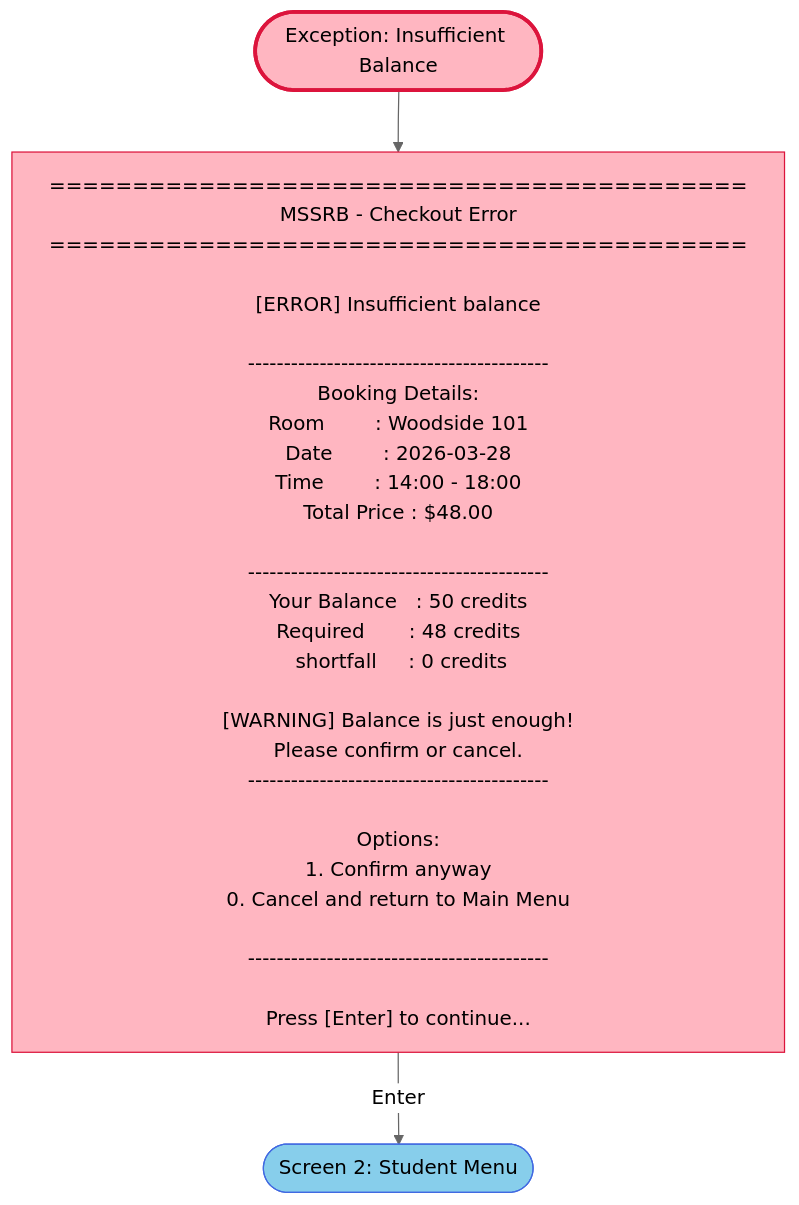
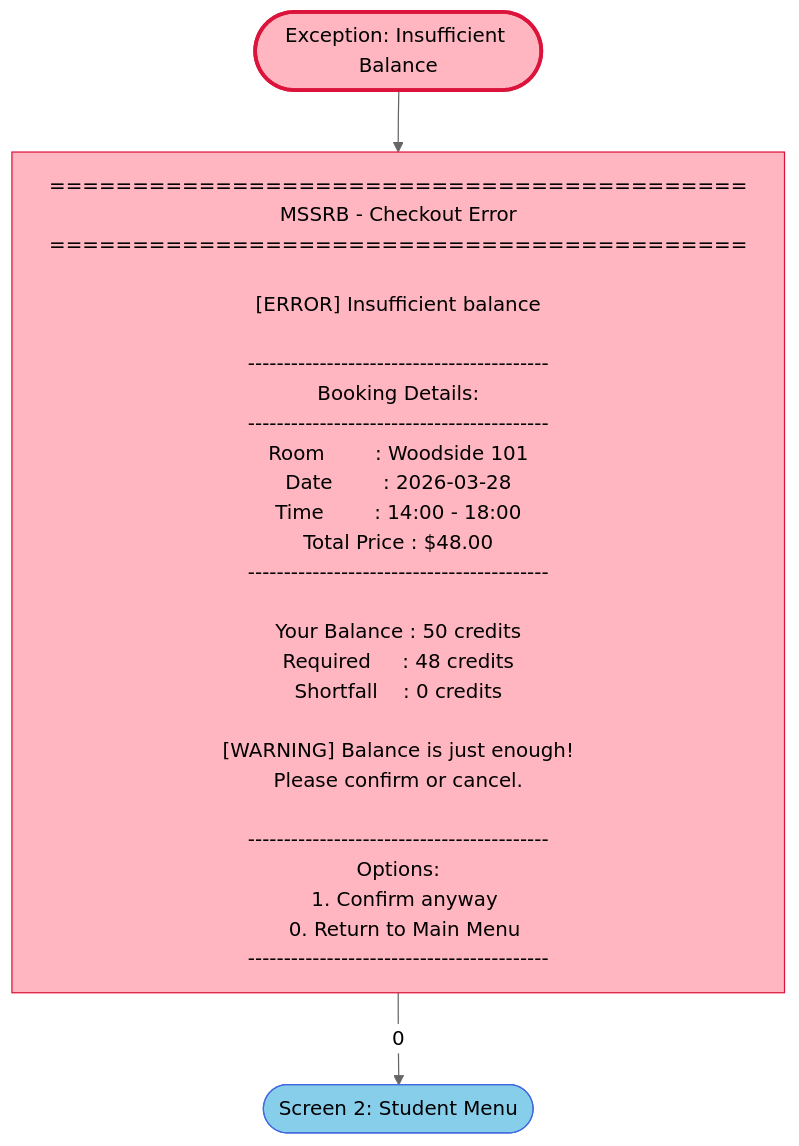
Before and after one commit to alii0110-monash/fit5136-study-room-booking: the diagram in mermaid/member_a/exception_insufficient_balance.mmd, drawn with Mermaid (neutral theme). The commit also changed 9 other files, not shown here.

First line of the commit message:
Standardize Mermaid flowchart format and navigation

```diff
--- a/mermaid/member_a/exception_insufficient_balance.mmd
+++ b/mermaid/member_a/exception_insufficient_balance.mmd
@@ -1,43 +1,43 @@
 flowchart TB
     ERROR_BALANCE(["Exception: Insufficient Balance"])
 
     B1["
 ==========================================
 MSSRB - Checkout Error
 ==========================================
 
 [ERROR] Insufficient balance
 
 ------------------------------------------
 Booking Details:
+------------------------------------------
 Room        : Woodside 101
 Date        : 2026-03-28
 Time        : 14:00 - 18:00
 Total Price : $48.00
+------------------------------------------
 
-------------------------------------------
-Your Balance   : 50 credits
-Required       : 48 credits
- shortfall     : 0 credits
+Your Balance : 50 credits
+Required     : 48 credits
+Shortfall    : 0 credits
 
 [WARNING] Balance is just enough!
 Please confirm or cancel.
+
+------------------------------------------
+Options:
+  1. Confirm anyway
+  0. Return to Main Menu
 ------------------------------------------
 
-Options:
-1. Confirm anyway
-0. Cancel and return to Main Menu
 
-------------------------------------------
-
-Press [Enter] to continue...
     "]
 
     STUDENT_MENU(["Screen 2: Student Menu"])
 
     ERROR_BALANCE --> B1
-    B1 -->|"Enter"| STUDENT_MENU
+    B1 -->|"0"| STUDENT_MENU
 
     style ERROR_BALANCE fill:#FFB6C1,stroke:#DC143C,stroke-width:3px
     style B1 fill:#FFB6C1,stroke:#DC143C
     style STUDENT_MENU fill:#87CEEB,stroke:#4169E1
```
